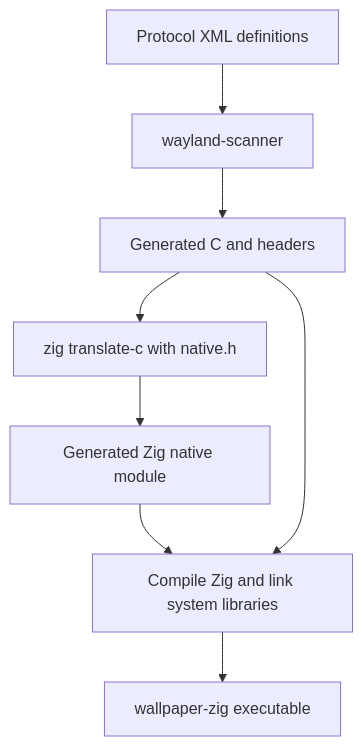
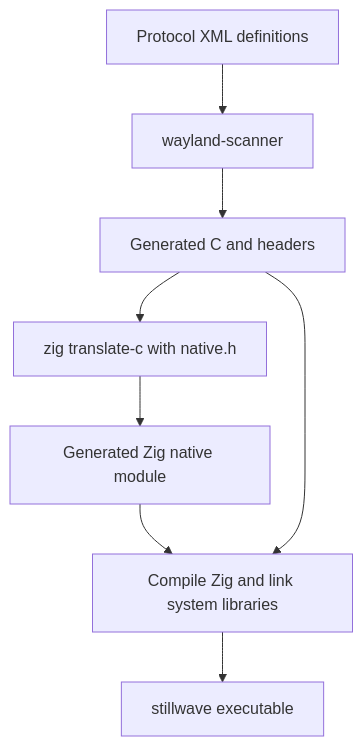
One commit to kumarmo2/stillwave changed the seventh of 8 diagrams in ARCHITECTURE.md. Above: the diagram before and after it, drawn with Mermaid. The commit also changed other lines of this file and 11 other files, not shown here.

````diff
--- a/ARCHITECTURE.md
+++ b/ARCHITECTURE.md
@@ -373,10 +374,10 @@
 ```mermaid
 flowchart TD
     XML[Protocol XML definitions] --> SCANNER[wayland-scanner]
     SCANNER --> GENERATED[Generated C and headers]
     GENERATED --> TRANSLATE[zig translate-c with native.h]
     TRANSLATE --> BINDINGS[Generated Zig native module]
     BINDINGS --> LINK[Compile Zig and link system libraries]
     GENERATED --> LINK
-    LINK --> EXE[wallpaper-zig executable]
+    LINK --> EXE[stillwave executable]
 ```
````
